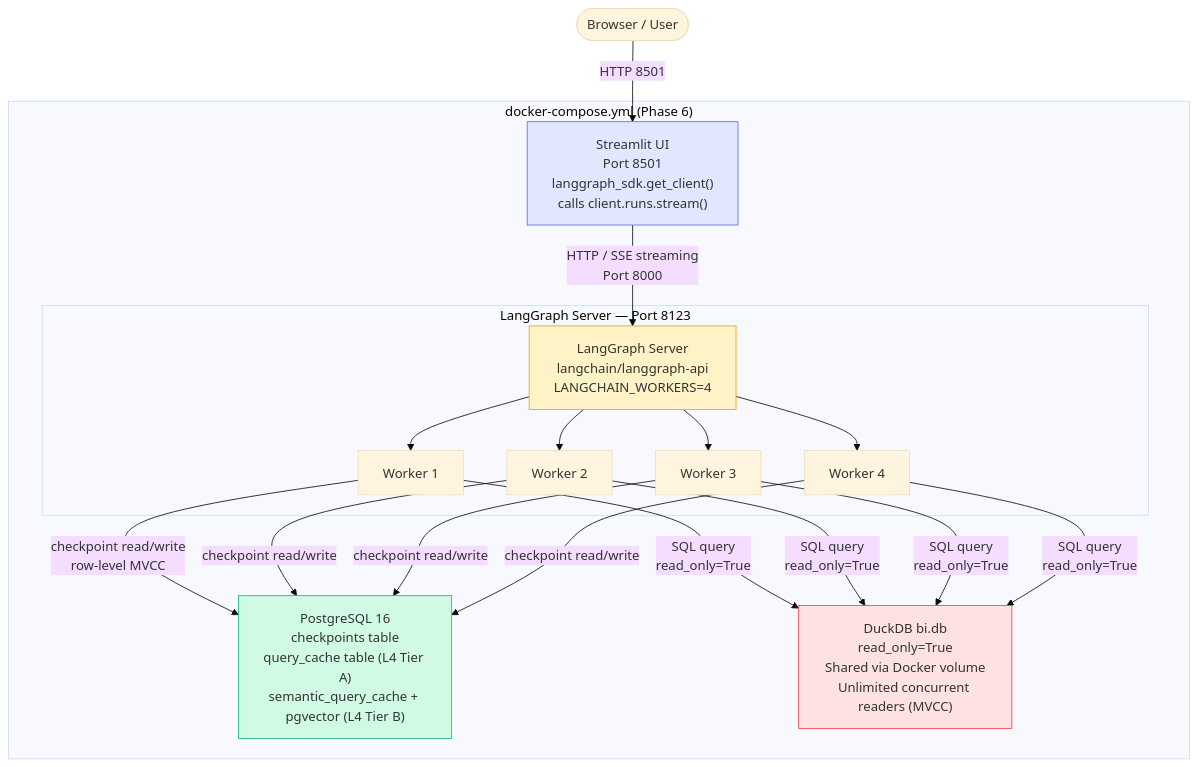
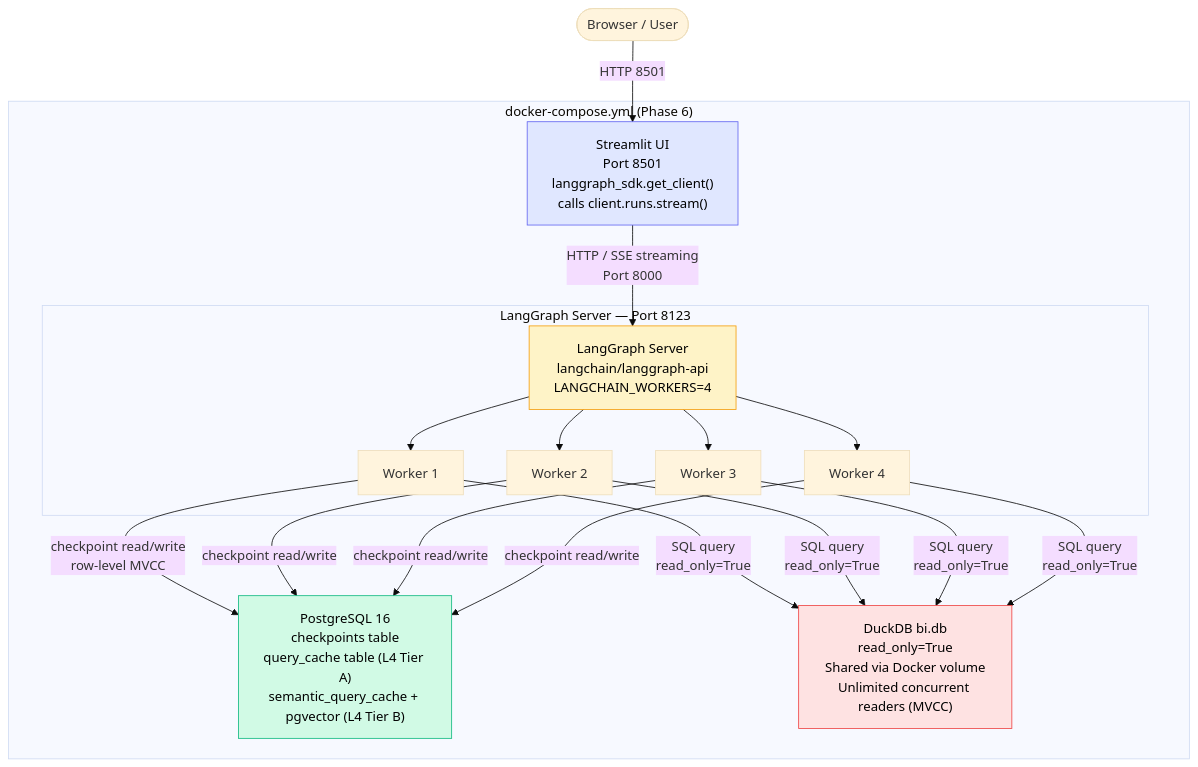
One commit to suryapatnaik1/llm-bi-chat-langgraph changed the tenth of 15 diagrams in docs/diagrams/diagrams.md. Above: the diagram before and after it, drawn with Mermaid (base theme). The commit also changed other lines of this file, not shown here.

Commit message:
color changed for diagrams

````diff
--- a/docs/diagrams/diagrams.md
+++ b/docs/diagrams/diagrams.md
@@ -404,41 +407,41 @@
 ```mermaid
 flowchart TD
     User([Browser / User]) -->|HTTP 8501| SL
 
     subgraph Docker["docker-compose.yml (Phase 6)"]
         SL["Streamlit UI<br/>Port 8501<br/>langgraph_sdk.get_client()<br/>calls client.runs.stream()"]
 
         SL -->|"HTTP / SSE streaming\nPort 8000"| LGS
 
         subgraph LGSBlock["LangGraph Server — Port 8123"]
             LGS["LangGraph Server<br/>langchain/langgraph-api<br/>LANGCHAIN_WORKERS=4"]
             W1["Worker 1"]
             W2["Worker 2"]
             W3["Worker 3"]
             W4["Worker 4"]
             LGS --> W1
             LGS --> W2
             LGS --> W3
             LGS --> W4
         end
 
         W1 -->|"checkpoint read/write<br/>row-level MVCC"| PG
         W2 -->|"checkpoint read/write"| PG
         W3 -->|"checkpoint read/write"| PG
         W4 -->|"checkpoint read/write"| PG
 
         W1 -->|"SQL query<br/>read_only=True"| DDB
         W2 -->|"SQL query<br/>read_only=True"| DDB
         W3 -->|"SQL query<br/>read_only=True"| DDB
         W4 -->|"SQL query<br/>read_only=True"| DDB
 
         PG["PostgreSQL 16<br/>checkpoints table<br/>query_cache table (L4 Tier A)<br/>semantic_query_cache + pgvector (L4 Tier B)"]
 
         DDB["DuckDB bi.db<br/>read_only=True<br/>Shared via Docker volume<br/>Unlimited concurrent readers (MVCC)"]
     end
 
-    style SL fill:#e0e7ff,stroke:#6366f1
-    style LGS fill:#fef3c7,stroke:#f59e0b
-    style PG fill:#d1fae5,stroke:#10b981
-    style DDB fill:#fee2e2,stroke:#ef4444
+    style SL fill:#e0e7ff,stroke:#6366f1,color:#000000
+    style LGS fill:#fef3c7,stroke:#f59e0b,color:#000000
+    style PG fill:#d1fae5,stroke:#10b981,color:#000000
+    style DDB fill:#fee2e2,stroke:#ef4444,color:#000000
 ```
````
